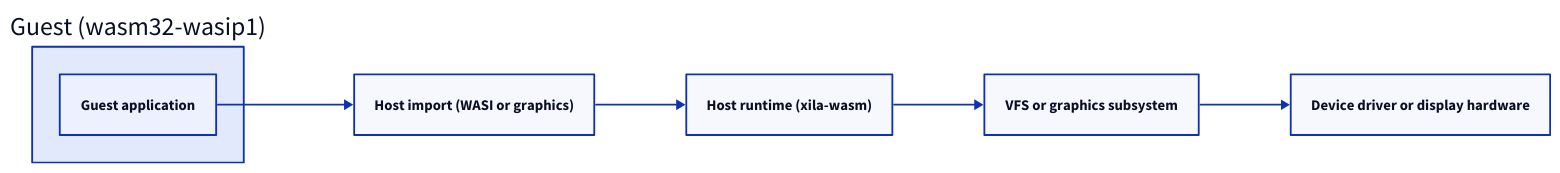
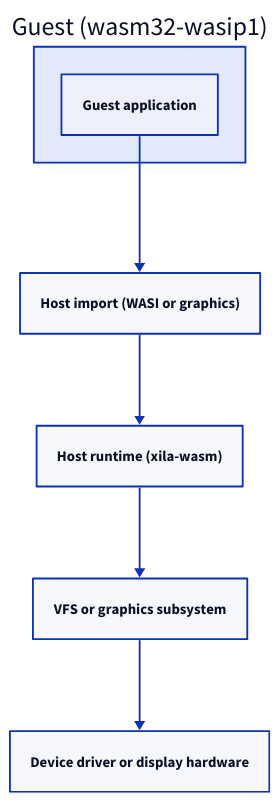
One commit to xila-project/website changed the diagram in src/content/docs/explanation/architecture/executables/wasm.mdx. Above: the diagram before and after it, drawn with D2. The commit also changed 6 other files, not shown here.

First line of the commit message:
docs(diagrams): fix the layout and the classes of the executables diagrams

````diff
--- a/src/content/docs/explanation/architecture/executables/wasm.mdx
+++ b/src/content/docs/explanation/architecture/executables/wasm.mdx
@@ -27,14 +27,14 @@
 ```d2 title="System call pathway from a guest application to a device driver or display hardware"
-direction: right
+direction: down
 
 guest: "Guest (wasm32-wasip1)" {
   class: boundary
   app: Guest application { class: component }
 }
 import: "Host import (WASI or graphics)" { class: component }
-runtime: "Host runtime (xila-wasm)" { class: focus }
+runtime: "Host runtime (xila-wasm)" { class: component }
 subsystem: "VFS or graphics subsystem" { class: component }
 driver: "Device driver or display hardware" { class: hardware }
 
 guest.app -> import -> runtime -> subsystem -> driver
 ```
````
